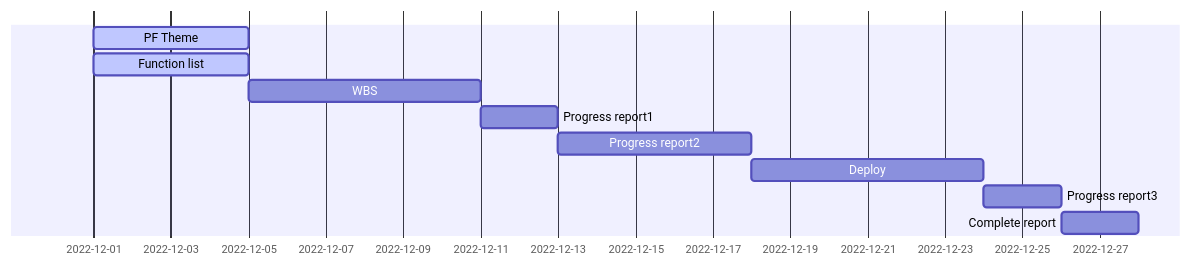
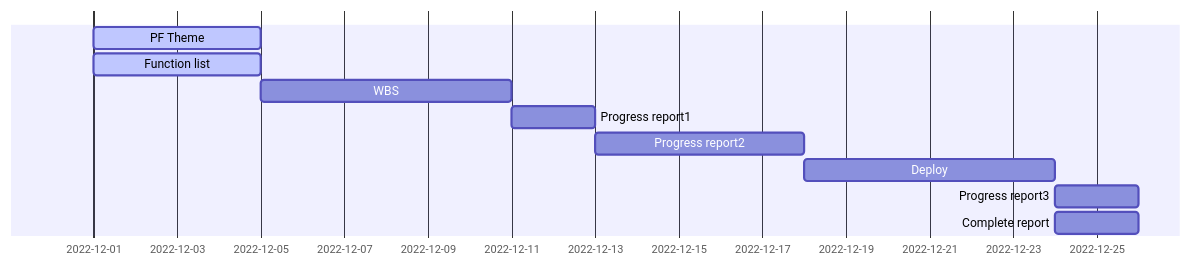
One commit to urotansh/git-practice changed the diagram in ganttChart.md. Above: the diagram before and after it, drawn with Mermaid.

Commit message:
ganttChart4

````diff
--- a/ganttChart.md
+++ b/ganttChart.md
@@ -1,11 +1,11 @@
 ```mermaid
 gantt
   PF Theme         : active, t1, 2022-12-01, 4d
   Function list    : active, t2, 2022-12-01, 4d
   WBS              :         t3, after t2,   6d
-  Progress report1 :                         2d
-  Progress report2 :                         5d
-  Deploy           :                         6d
-  Progress report3 :                         2d
-  Complete report  :                         2d
+  Progress report1 :         t4, after t3,   2d
+  Progress report2 :         t5, after t4,   5d
+  Deploy           :         t6, after t5,   6d
+  Progress report3 :         t7, after t6,   2d
+  Complete report  :             2022-12-24, 2d
 ```
````
